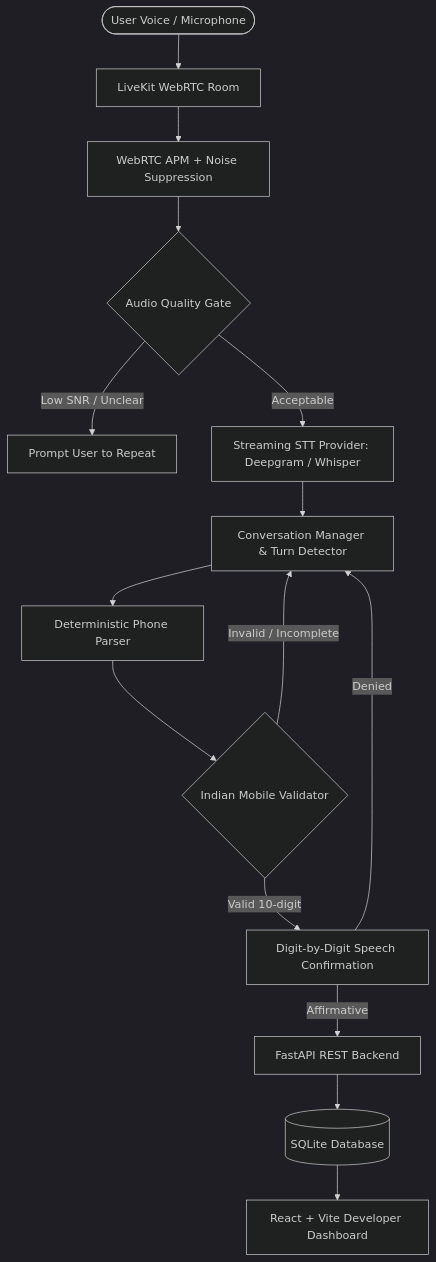
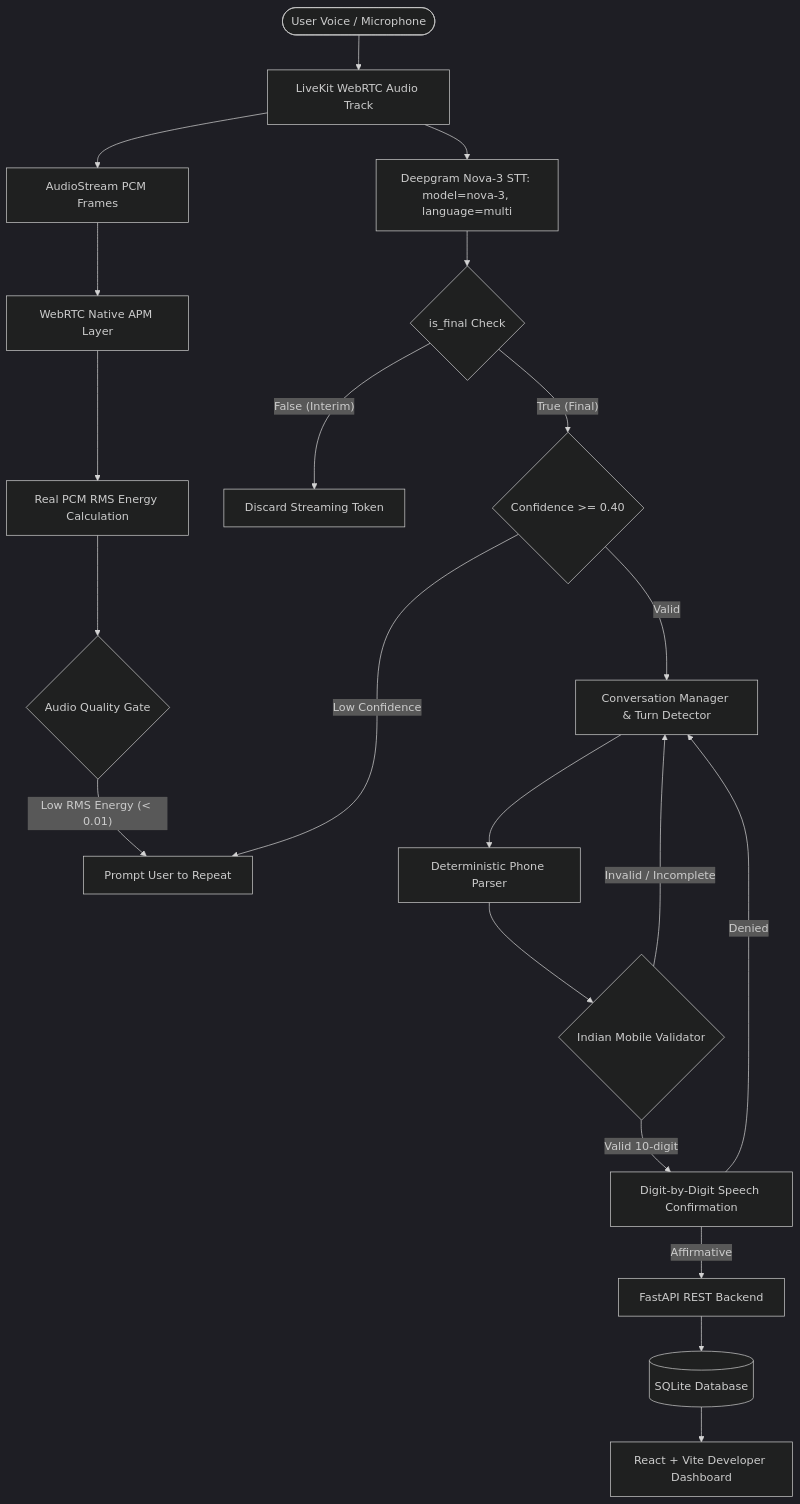
One commit to Sudhanshu-Roy/voice-agent-assignment changed the diagram in README.md. Above: the diagram before and after it, drawn with Mermaid (dark theme). The commit also changed other lines of this file and 4 other files, not shown here.

Commit message:
fix(voice-agent): complete P0 audit fixes for LiveKit 1.8 startup, interim STT filter, real RMS gating, and comprehensive audio tests

````diff
--- a/README.md
+++ b/README.md
@@ -36,17 +36,23 @@
 ```mermaid
 graph TD
-    User([User Voice / Microphone]) --> LiveKit[LiveKit WebRTC Room]
-    LiveKit --> NoiseSuppression[WebRTC APM + Noise Suppression]
-    NoiseSuppression --> QualityGate{Audio Quality Gate}
-    QualityGate -- Low SNR / Unclear --> RepeatPrompt[Prompt User to Repeat]
-    QualityGate -- Acceptable --> STT[Streaming STT Provider: Deepgram / Whisper]
-    STT --> ConversationManager[Conversation Manager & Turn Detector]
+    User([User Voice / Microphone]) --> LiveKit[LiveKit WebRTC Audio Track]
+    LiveKit --> AudioStream[AudioStream PCM Frames]
+    AudioStream --> NoiseSuppression[WebRTC Native APM Layer]
+    NoiseSuppression --> RMSCalculation[Real PCM RMS Energy Calculation]
+    RMSCalculation --> QualityGate{Audio Quality Gate}
+    QualityGate -- Low RMS Energy (< 0.01) --> RepeatPrompt[Prompt User to Repeat]
+    LiveKit --> STT[Deepgram Nova-3 STT: model=nova-3, language=multi]
+    STT --> InterimFilter{is_final Check}
+    InterimFilter -- False (Interim) --> Drop[Discard Streaming Token]
+    InterimFilter -- True (Final) --> FinalConfidence{Confidence >= 0.40}
+    FinalConfidence -- Low Confidence --> RepeatPrompt
+    FinalConfidence -- Valid --> ConversationManager[Conversation Manager & Turn Detector]
     ConversationManager --> PhoneParser[Deterministic Phone Parser]
     PhoneParser --> Validator{Indian Mobile Validator}
     Validator -- Invalid / Incomplete --> ConversationManager
     Validator -- Valid 10-digit --> Confirmation[Digit-by-Digit Speech Confirmation]
     Confirmation -- Affirmative --> FastAPI[FastAPI REST Backend]
     Confirmation -- Denied --> ConversationManager
     FastAPI --> SQLite[(SQLite Database)]
     SQLite --> Dashboard[React + Vite Developer Dashboard]
 ```
````
